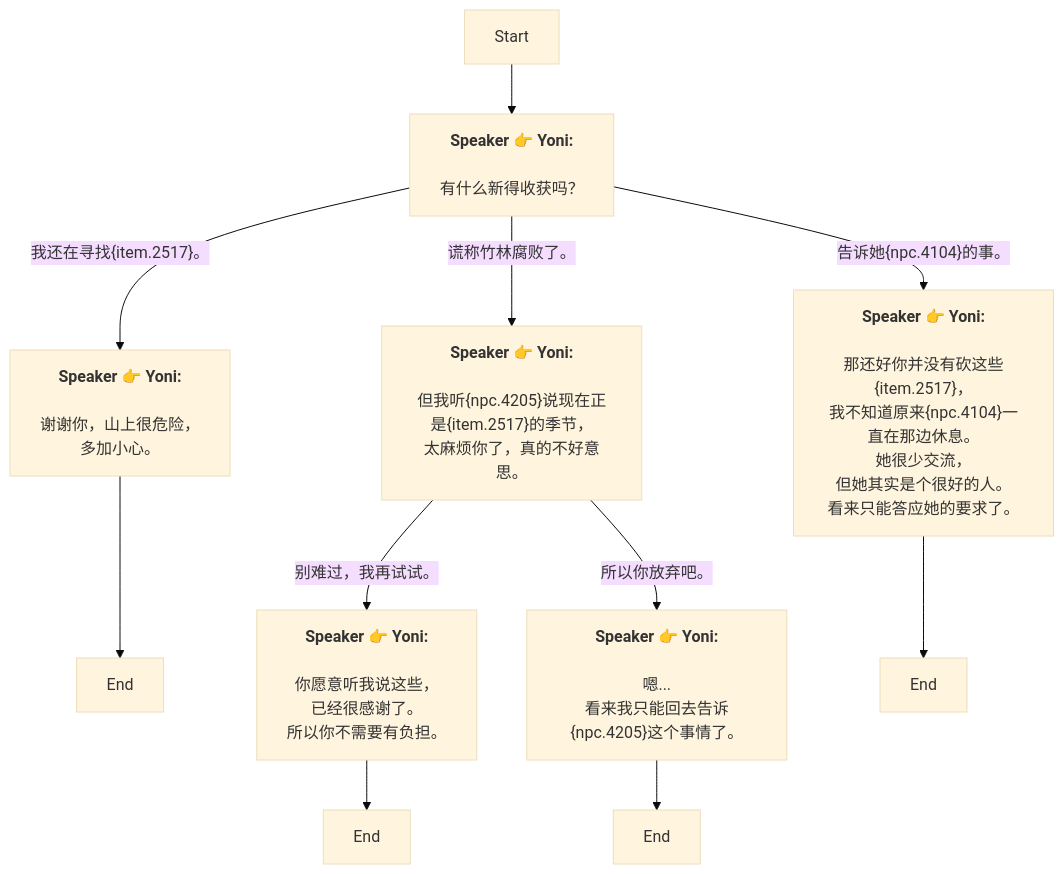
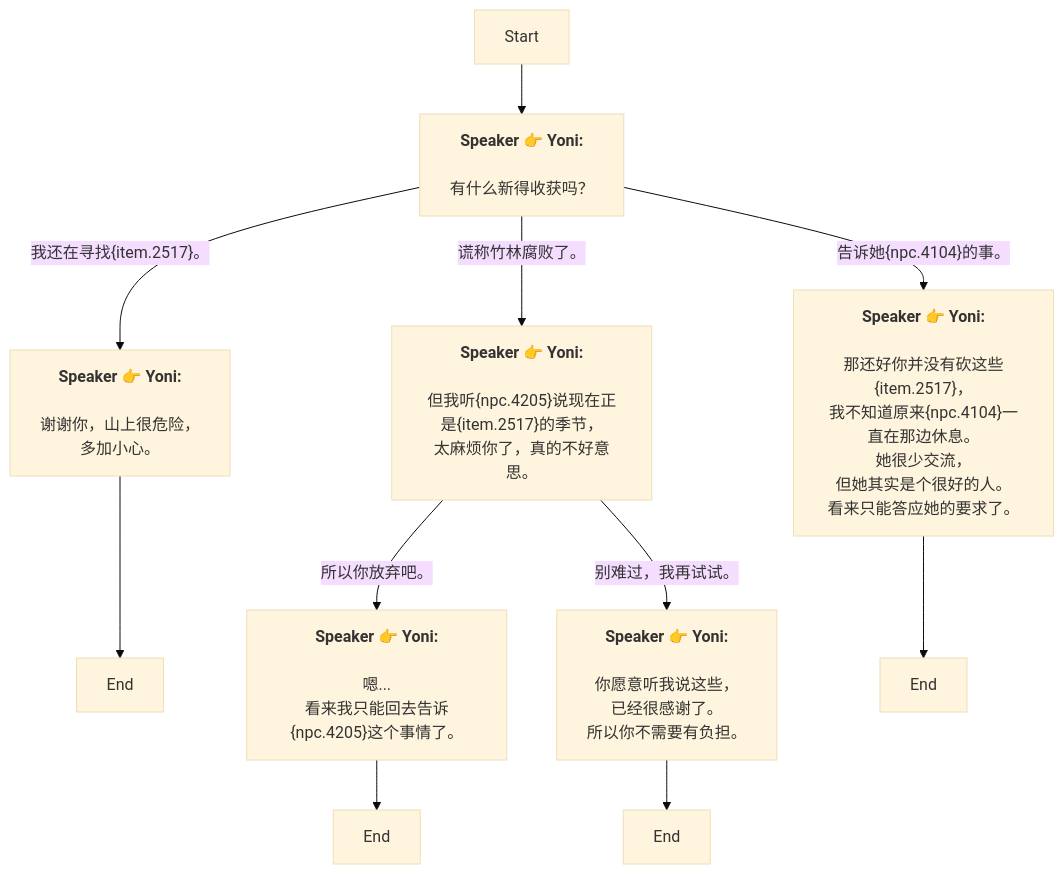
The diagram in Zh/AddDialogNode_1738348779293777.md (SoftHu/tos_avg), drawn with Mermaid (base theme) before and after one commit. The commit also changed other lines of this file and 780 other files, not shown here.

````diff
--- a/Zh/AddDialogNode_1738348779293777.md
+++ b/Zh/AddDialogNode_1738348779293777.md
@@ -1,28 +1,28 @@
 ```mermaid
 graph
 Start -->1738348833099860[<b>Speaker 👉 Yoni:</b>
 \n有什么新得收获吗？]
-1738348833099860 -->|我还在寻找&lbrace;item.2517&rbrace;。|1738348979936349[<b>Speaker 👉 Yoni:</b>
-\n谢谢你，山上很危险，
-多加小心。]
-1738348833099860 -->|谎称竹林腐败了。|1738349001966686[<b>Speaker 👉 Yoni:</b>
-\n但我听&lbrace;npc.4205&rbrace;说现在正是&lbrace;item.2517&rbrace;的季节，
-太麻烦你了，真的不好意思。]
 1738348833099860 -->|告诉她&lbrace;npc.4104&rbrace;的事。|1738349398028394[<b>Speaker 👉 Yoni:</b>
 \n那还好你并没有砍这些&lbrace;item.2517&rbrace;，
 我不知道原来&lbrace;npc.4104&rbrace;一直在那边休息。\n她很少交流，
 但她其实是个很好的人。
 看来只能答应她的要求了。]
+1738348833099860 -->|谎称竹林腐败了。|1738349001966686[<b>Speaker 👉 Yoni:</b>
+\n但我听&lbrace;npc.4205&rbrace;说现在正是&lbrace;item.2517&rbrace;的季节，
+太麻烦你了，真的不好意思。]
+1738348833099860 -->|我还在寻找&lbrace;item.2517&rbrace;。|1738348979936349[<b>Speaker 👉 Yoni:</b>
+\n谢谢你，山上很危险，
+多加小心。]
 1738348979936349 -->1738348976503900[End]
+1738349001966686 -->|所以你放弃吧。|1738349292239974[<b>Speaker 👉 Yoni:</b>
+\n嗯...
+看来我只能回去告诉&lbrace;npc.4205&rbrace;这个事情了。]
 1738349001966686 -->|别难过，我再试试。|1738349259369572[<b>Speaker 👉 Yoni:</b>
 \n你愿意听我说这些，
 已经很感谢了。
 所以你不需要有负担。]
-1738349001966686 -->|所以你放弃吧。|1738349292239974[<b>Speaker 👉 Yoni:</b>
-\n嗯...
-看来我只能回去告诉&lbrace;npc.4205&rbrace;这个事情了。]
 1738349259369572 -->1738349286012005[End]
 1738349292239974 -->1738349386865769[End]
 1738349398028394 -->1738349437010027[End]
 
 ```
````
